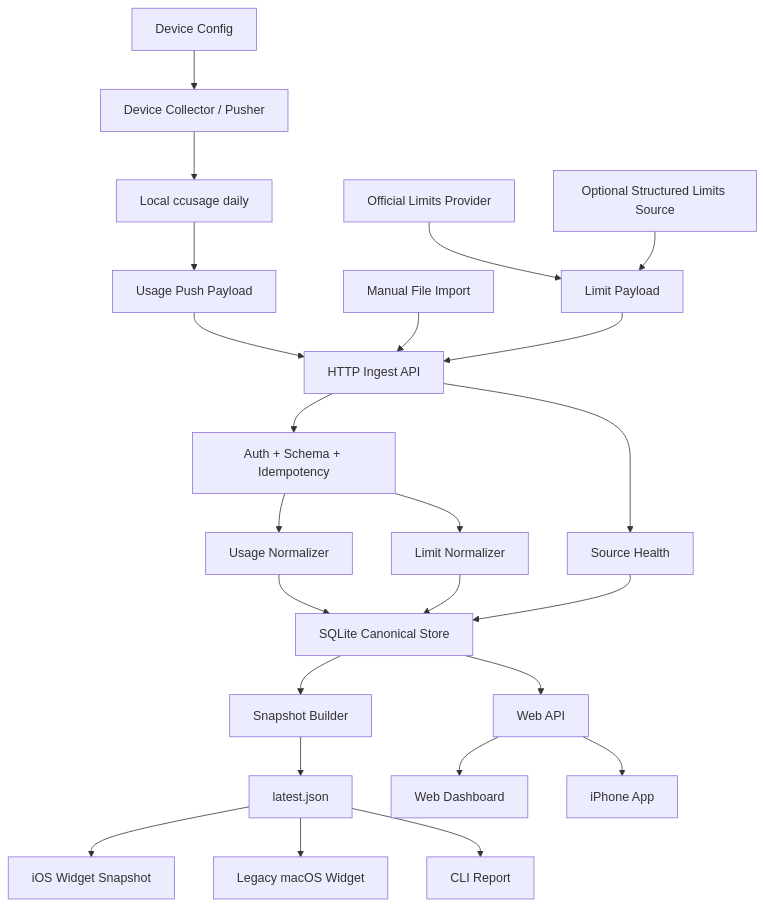
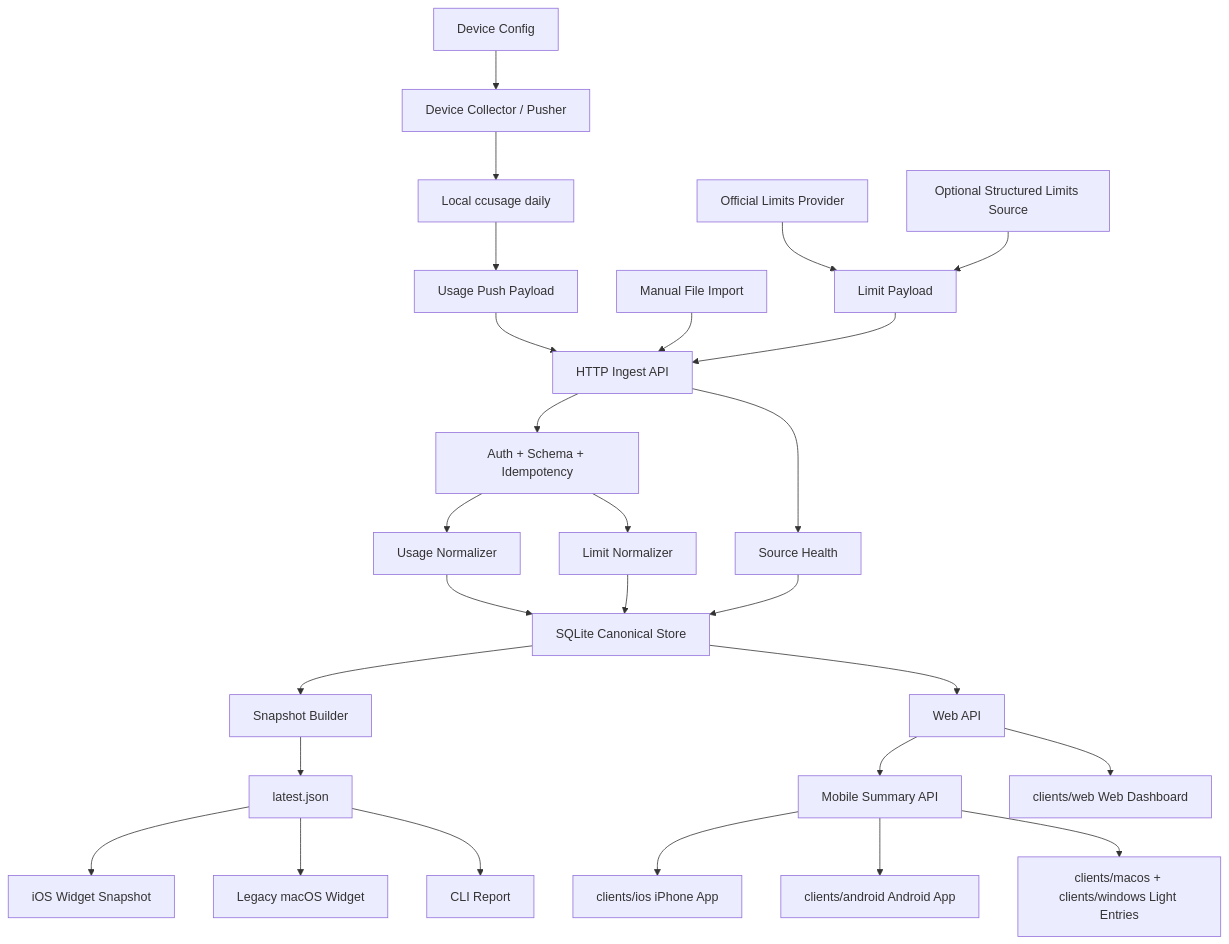
The diagram in docs/architecture.md (Moshuiwang/aiusage), drawn with Mermaid before and after one commit. The commit also changed other lines of this file and 16 other files, not shown here.

````diff
--- a/docs/architecture.md
+++ b/docs/architecture.md
@@ -15,29 +15,32 @@
 ```mermaid
 flowchart TD
     deviceConfig["Device Config"] --> deviceCollector["Device Collector / Pusher"]
     deviceCollector --> ccusage["Local ccusage daily"]
     ccusage --> pushPayload["Usage Push Payload"]
     pushPayload --> httpIngest["HTTP Ingest API"]
     manualImport["Manual File Import"] --> httpIngest
     officialLimits["Official Limits Provider"] --> limitPayload["Limit Payload"]
     limits["Optional Structured Limits Source"] --> limitPayload
     limitPayload --> httpIngest
 
     httpIngest --> auth["Auth + Schema + Idempotency"]
     auth --> usageNormalizer["Usage Normalizer"]
     auth --> limitNormalizer["Limit Normalizer"]
 
     usageNormalizer --> sqlite["SQLite Canonical Store"]
     limitNormalizer --> sqlite
     httpIngest --> health["Source Health"]
     health --> sqlite
 
     sqlite --> snapshot["Snapshot Builder"]
     snapshot --> latest["latest.json"]
     sqlite --> webApi["Web API"]
-    webApi --> dashboard["Web Dashboard"]
-    webApi --> iphoneApp["iPhone App"]
+    webApi --> mobileApi["Mobile Summary API"]
+    webApi --> dashboard["clients/web Web Dashboard"]
+    mobileApi --> iphoneApp["clients/ios iPhone App"]
+    mobileApi --> androidApp["clients/android Android App"]
+    mobileApi --> desktopClients["clients/macos + clients/windows Light Entries"]
     latest --> iosWidget["iOS Widget Snapshot"]
     latest --> legacyWidget["Legacy macOS Widget"]
     latest --> cliReport["CLI Report"]
 ```
````
